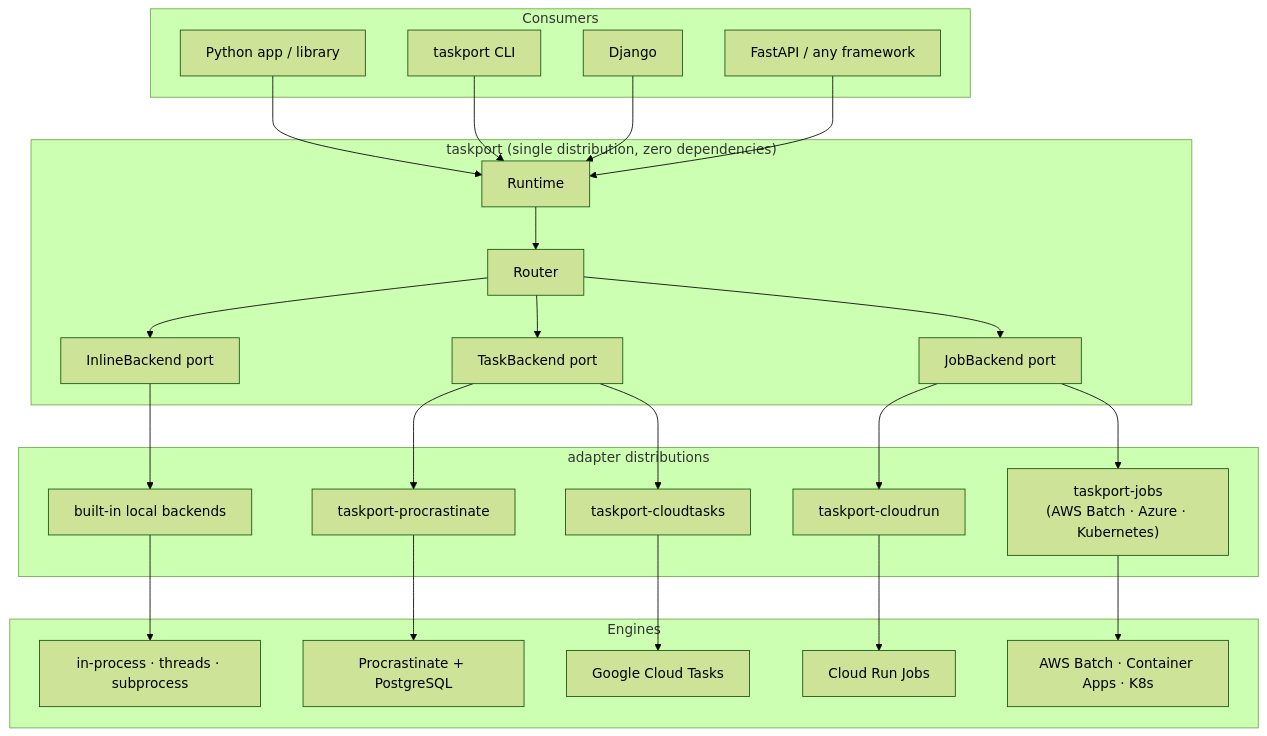
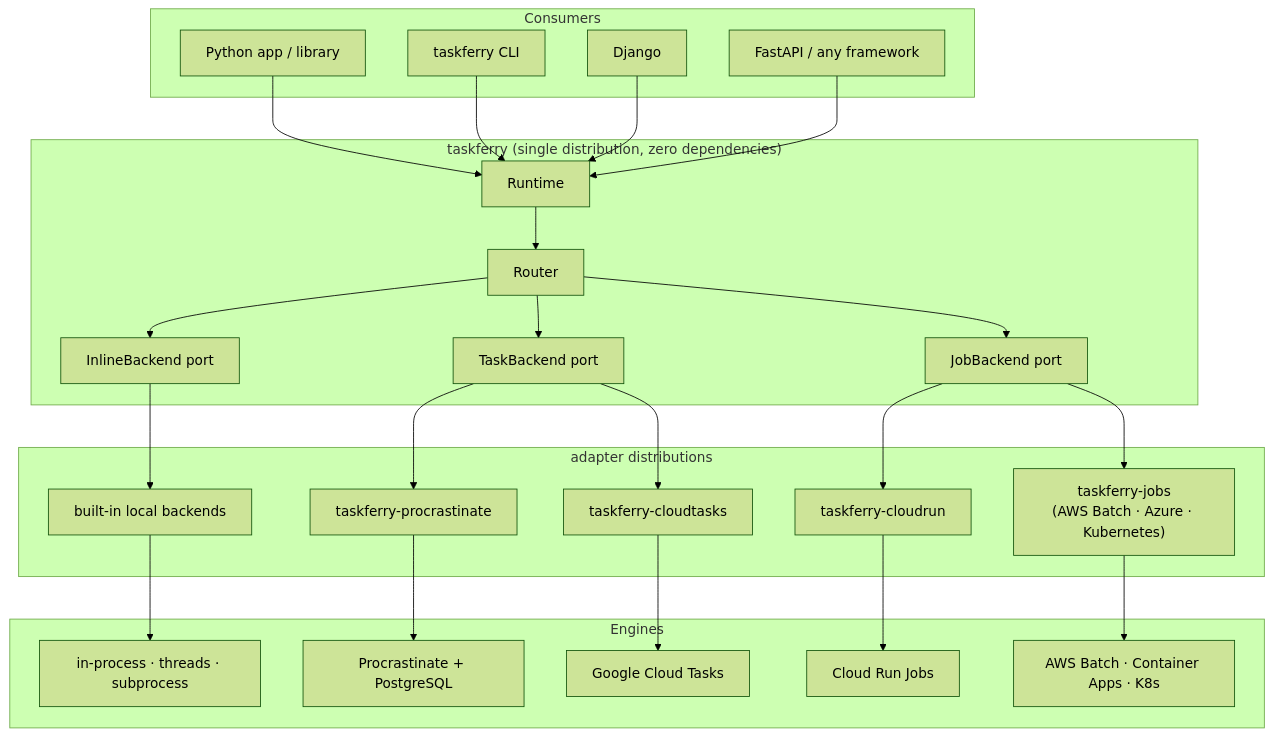
Before and after one commit to xiidigital/taskferry: the third of 7 diagrams in docs/architecture/refactor-2026.md, drawn with Mermaid (forest theme). The commit also changed other lines of this file and 424 other files, not shown here.

First line of the commit message:
refactor: rebrand taskport to taskferry across all distributions

````diff
--- a/docs/architecture/refactor-2026.md
+++ b/docs/architecture/refactor-2026.md
@@ -154,49 +154,49 @@
 ```mermaid
 flowchart TB
     subgraph Consumers
         PY["Python app / library"]
-        CLI["taskport CLI"]
+        CLI["taskferry CLI"]
         DJ["Django"]
         FA["FastAPI / any framework"]
     end
 
-    subgraph Taskport["taskport (single distribution, zero dependencies)"]
+    subgraph Taskferry["taskferry (single distribution, zero dependencies)"]
         RUNTIME["Runtime"]
         ROUTER["Router"]
         INLINE["InlineBackend port"]
         TASK["TaskBackend port"]
         JOB["JobBackend port"]
     end
 
     subgraph Adapters["adapter distributions"]
         LOCALA["built-in local backends"]
-        PROA["taskport-procrastinate"]
-        CTA["taskport-cloudtasks"]
-        CRA["taskport-cloudrun"]
-        JOBSA["taskport-jobs<br/>(AWS Batch · Azure · Kubernetes)"]
+        PROA["taskferry-procrastinate"]
+        CTA["taskferry-cloudtasks"]
+        CRA["taskferry-cloudrun"]
+        JOBSA["taskferry-jobs<br/>(AWS Batch · Azure · Kubernetes)"]
     end
 
     subgraph Engines
         LOCAL["in-process · threads · subprocess"]
         PRO["Procrastinate + PostgreSQL"]
         CT["Google Cloud Tasks"]
         CR["Cloud Run Jobs"]
         OTHER["AWS Batch · Container Apps · K8s"]
     end
 
     PY --> RUNTIME
     CLI --> RUNTIME
     DJ --> RUNTIME
     FA --> RUNTIME
 
     RUNTIME --> ROUTER
     ROUTER --> INLINE
     ROUTER --> TASK
     ROUTER --> JOB
 
     INLINE --> LOCALA --> LOCAL
     TASK --> PROA --> PRO
     TASK --> CTA --> CT
     JOB --> CRA --> CR
     JOB --> JOBSA --> OTHER
 ```
````
